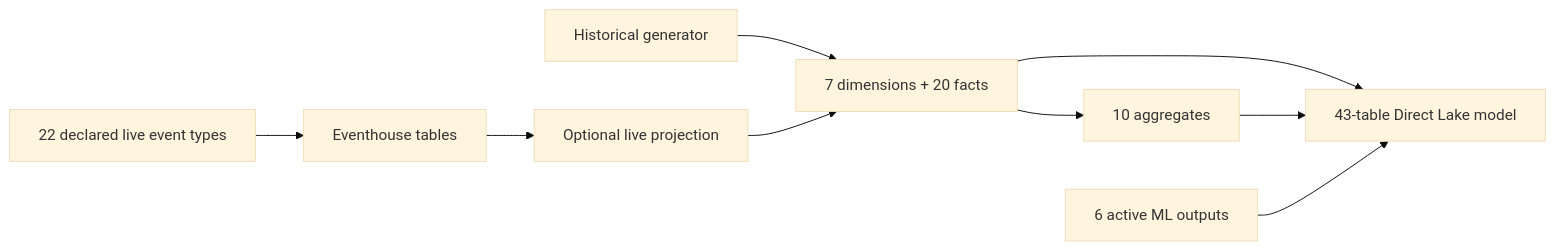
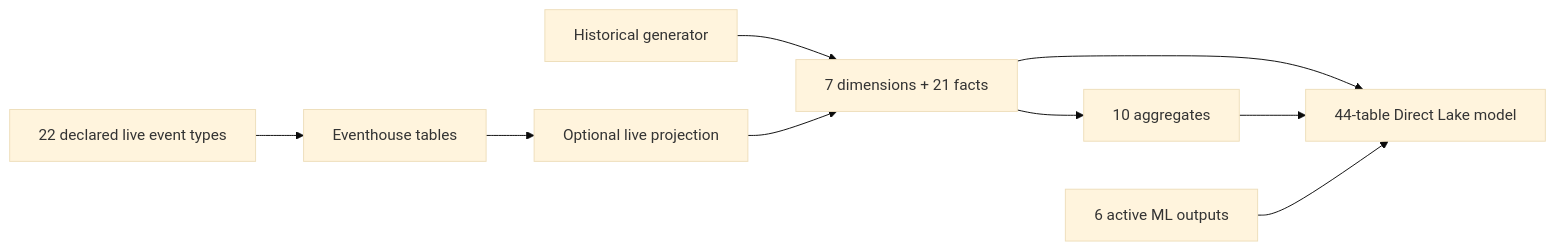
Before and after one commit to amattas/retail-demo: the diagram in docs/design/architecture/data-schema.md, drawn with Mermaid (base theme). The commit also changed other lines of this file and 3 other files, not shown here.

First line of the commit message:
docs(architecture): describe stream state, writer locks, incidents and #450

````diff
--- a/docs/design/architecture/data-schema.md
+++ b/docs/design/architecture/data-schema.md
@@ -107,11 +117,11 @@
 ```mermaid
 flowchart LR
     Events[22 declared live event types] --> KQL[Eventhouse tables]
     KQL --> Projection[Optional live projection]
-    Generation[Historical generator] --> Silver[7 dimensions + 20 facts]
+    Generation[Historical generator] --> Silver[7 dimensions + 21 facts]
     Projection --> Silver
     Silver --> Gold[10 aggregates]
-    Silver --> Model[43-table Direct Lake model]
+    Silver --> Model[44-table Direct Lake model]
     Gold --> Model
     ML[6 active ML outputs] --> Model
 ```
````
